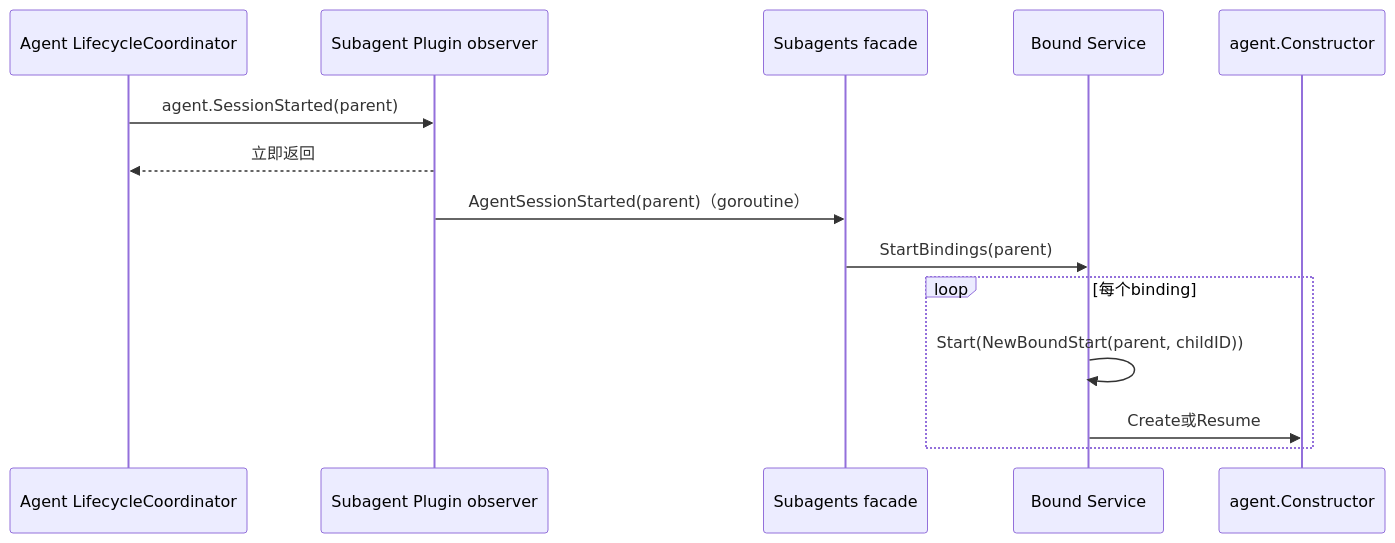
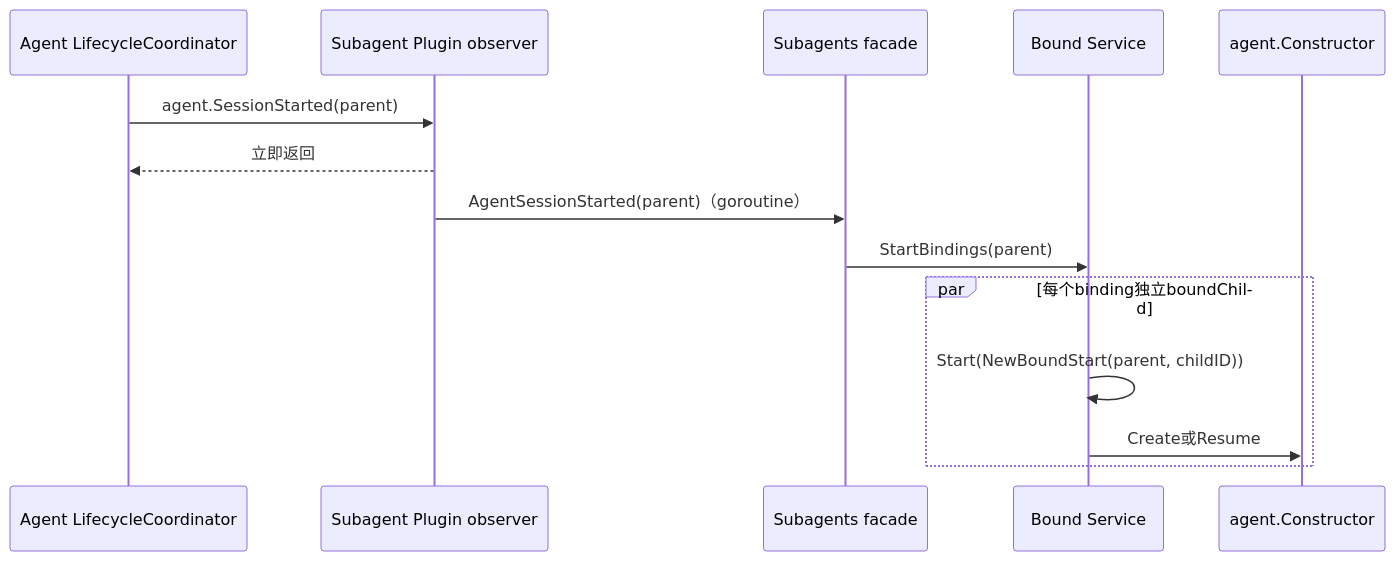
Before and after one commit to gorenx/goren: the third of 4 diagrams in subagent/docs/parent-bound-design.zh-CN.md, drawn with Mermaid. The commit also changed other lines of this file and 4 other files, not shown here.

````diff
--- a/subagent/docs/parent-bound-design.zh-CN.md
+++ b/subagent/docs/parent-bound-design.zh-CN.md
@@ -195,17 +195,17 @@
 ```mermaid
 sequenceDiagram
     participant A as Agent LifecycleCoordinator
     participant O as Subagent Plugin observer
     participant F as Subagents facade
     participant B as Bound Service
     participant C as agent.Constructor
 
     A->>O: agent.SessionStarted(parent)
     O-->>A: 立即返回
     O->>F: AgentSessionStarted(parent)（goroutine）
     F->>B: StartBindings(parent)
-    loop 每个binding
+    par 每个binding独立boundChild
         B->>B: Start(NewBoundStart(parent, childID))
         B->>C: Create或Resume
     end
 ```
````
